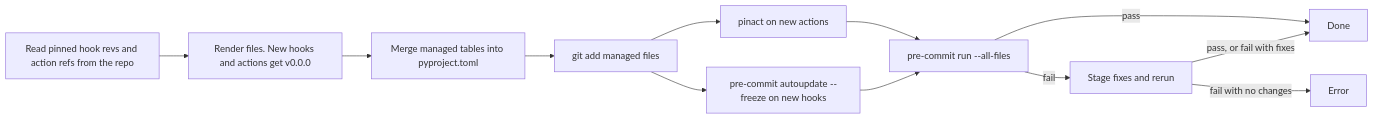
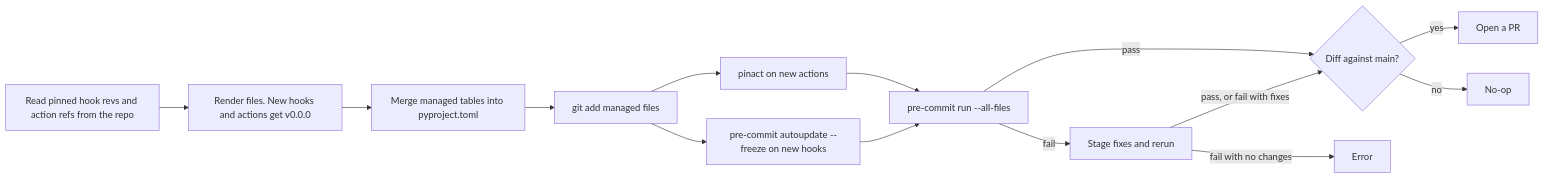
Before and after one commit to mxr/base: the second of 2 diagrams in README.md, drawn with Mermaid.

Commit message:
Show every end state in the synth flowchart

````diff
--- a/README.md
+++ b/README.md
@@ -35,14 +35,16 @@
 ```mermaid
 flowchart LR
     A[Read pinned hook revs and action refs from the repo] --> B[Render files. New hooks and actions get v0.0.0]
     B --> C[Merge managed tables into pyproject.toml]
     C --> D[git add managed files]
     D --> E[pinact on new actions]
     D --> F[pre-commit autoupdate --freeze on new hooks]
     E --> G[pre-commit run --all-files]
     F --> G
-    G -->|pass| H[Done]
+    G -->|pass| H{Diff against main?}
     G -->|fail| I[Stage fixes and rerun]
     I -->|pass, or fail with fixes| H
     I -->|fail with no changes| J[Error]
+    H -->|yes| K[Open a PR]
+    H -->|no| L[No-op]
 ```
````
